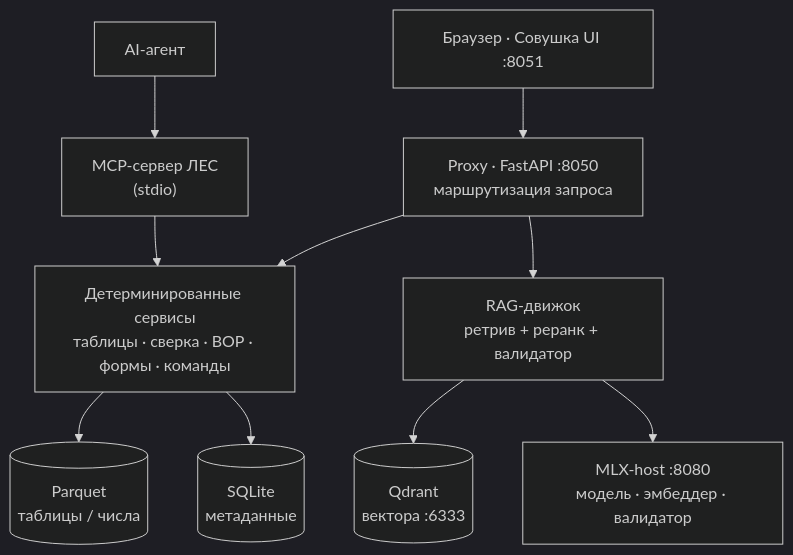
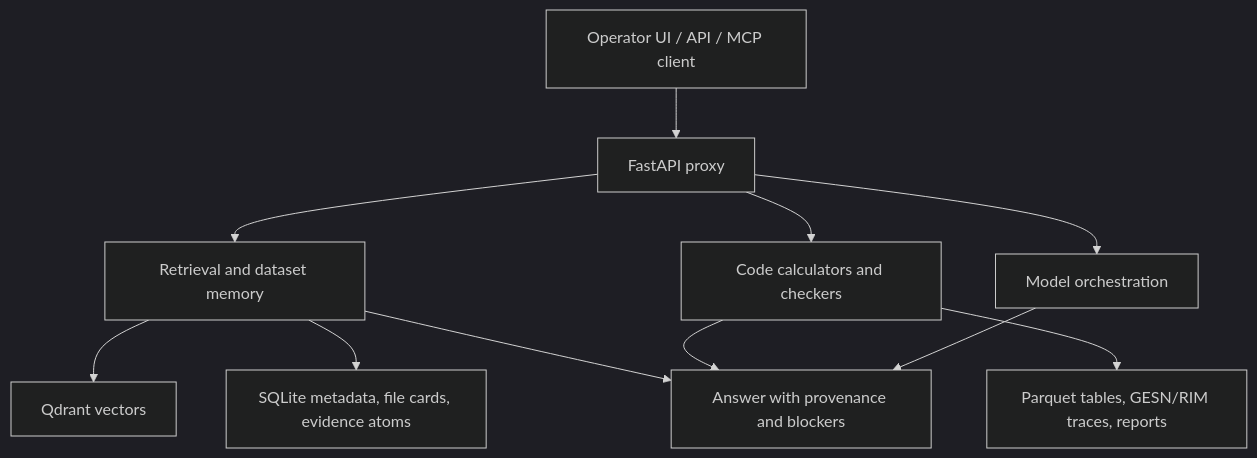
One commit to proovcme/les_rag_public changed the diagram in README.md. Above: the diagram before and after it, drawn with Mermaid (dark theme). The commit also changed other lines of this file and 12 other files, not shown here.

````diff
--- a/README.md
+++ b/README.md
@@ -85,13 +86,13 @@
 ```mermaid
 flowchart TB
-    U["Браузер · Совушка UI :8051"] --> P
-    AG["AI-агент"] --> MCP["MCP-сервер ЛЕС<br/>(stdio)"]
-    MCP --> SVC
-    P["Proxy · FastAPI :8050<br/>маршрутизация запроса"]
-    P --> SVC["Детерминированные сервисы<br/>таблицы · сверка · ВОР · формы · команды"]
-    P --> RAG["RAG-движок<br/>ретрив + реранк + валидатор"]
-    SVC --> PQ[("Parquet<br/>таблицы / числа")]
-    SVC --> DB[("SQLite<br/>метаданные")]
-    RAG --> QD[("Qdrant<br/>вектора :6333")]
-    RAG --> MLX["MLX-host :8080<br/>модель · эмбеддер · валидатор"]
+    U["Operator UI / API / MCP client"] --> P["FastAPI proxy"]
+    P --> M["Model orchestration"]
+    P --> R["Retrieval and dataset memory"]
+    P --> C["Code calculators and checkers"]
+    R --> Q["Qdrant vectors"]
+    R --> S["SQLite metadata, file cards, evidence atoms"]
+    C --> T["Parquet tables, GESN/RIM traces, reports"]
+    M --> A["Answer with provenance and blockers"]
+    C --> A
+    R --> A
 ```
````
